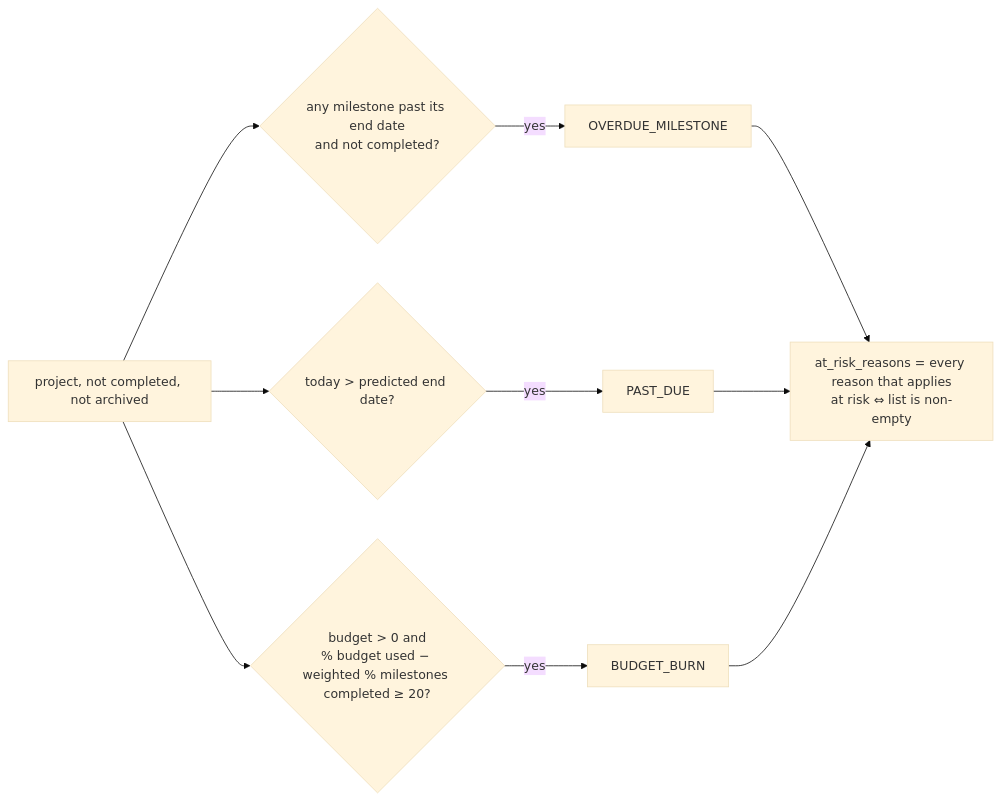
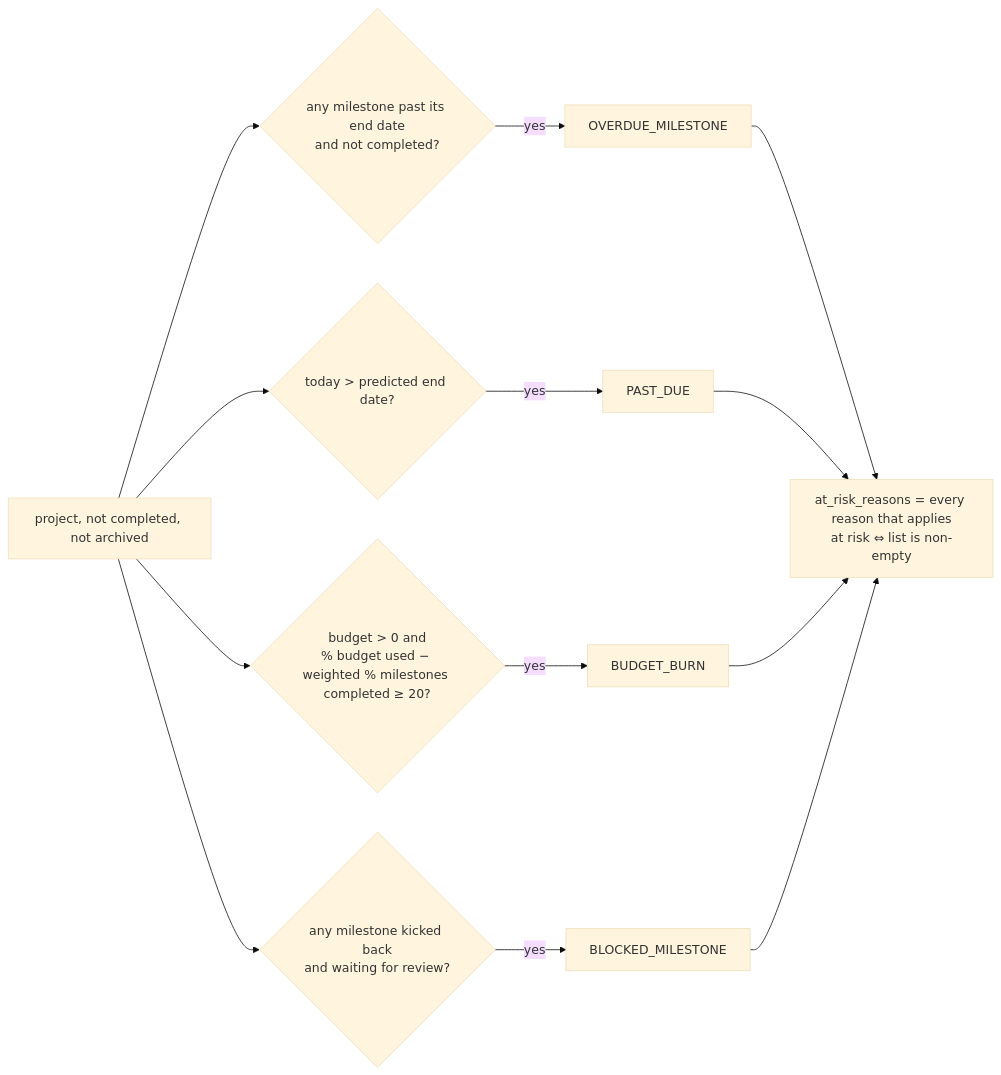
Before and after one commit to RootMoataz/citi-overwatch: the sixth of 16 diagrams in docs/project/LOGIC_WALKTHROUGH.md, drawn with Mermaid (base theme). The commit also changed other lines of this file and 3 other files, not shown here.

````diff
--- a/docs/project/LOGIC_WALKTHROUGH.md
+++ b/docs/project/LOGIC_WALKTHROUGH.md
@@ -178,10 +178,12 @@
 ```mermaid
 flowchart LR
   P[project, not completed, not archived] --> R1{any milestone past its end date<br/>and not completed?}
   P --> R2{today > predicted end date?}
   P --> R3{"budget > 0 and<br/>% budget used − weighted % milestones completed ≥ 20?"}
+  P --> R4{any milestone kicked back<br/>and waiting for review?}
   R1 -- yes --> A1[OVERDUE_MILESTONE]
   R2 -- yes --> A2[PAST_DUE]
   R3 -- yes --> A3[BUDGET_BURN]
-  A1 & A2 & A3 --> OUT[at_risk_reasons = every reason that applies<br/>at risk ⇔ list is non-empty]
+  R4 -- yes --> A4[BLOCKED_MILESTONE]
+  A1 & A2 & A3 & A4 --> OUT[at_risk_reasons = every reason that applies<br/>at risk ⇔ list is non-empty]
 ```
````
